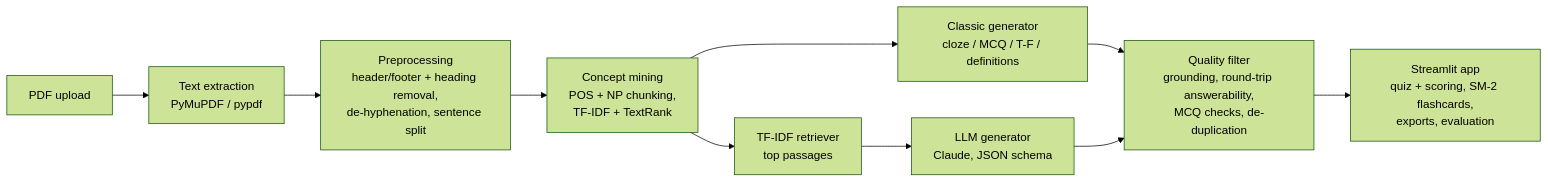
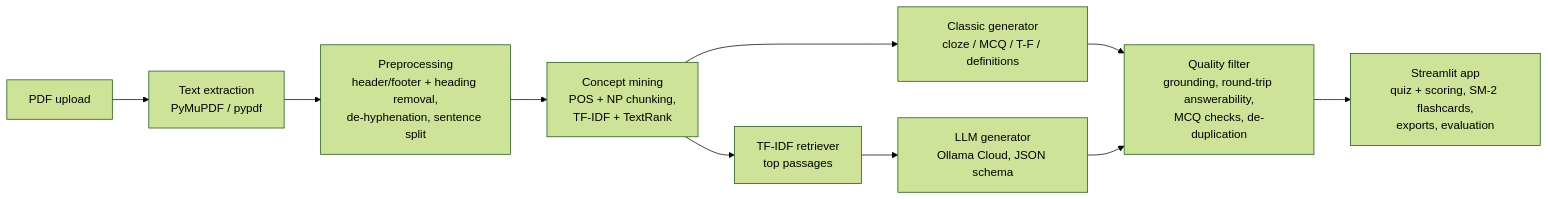
The diagram in README.md (Piyushchy/NLP-lab-ca), drawn with Mermaid (forest theme) before and after one commit. The commit also changed other lines of this file and 8 other files, not shown here.

First line of the commit message:
Switch the LLM engine from Claude to Ollama cloud models

````diff
--- a/README.md
+++ b/README.md
@@ -41,12 +53,12 @@
 ```mermaid
 flowchart LR
     A[PDF upload] --> B[Text extraction<br/>PyMuPDF / pypdf]
     B --> C[Preprocessing<br/>header/footer + heading removal,<br/>de-hyphenation, sentence split]
     C --> D[Concept mining<br/>POS + NP chunking,<br/>TF-IDF + TextRank]
     D --> E1[Classic generator<br/>cloze / MCQ / T-F / definitions]
     D --> R[TF-IDF retriever<br/>top passages]
-    R --> E2[LLM generator<br/>Claude, JSON schema]
+    R --> E2[LLM generator<br/>Ollama Cloud, JSON schema]
     E1 --> F[Quality filter<br/>grounding, round-trip answerability,<br/>MCQ checks, de-duplication]
     E2 --> F
     F --> G[Streamlit app<br/>quiz + scoring, SM-2 flashcards,<br/>exports, evaluation]
 ```
````
